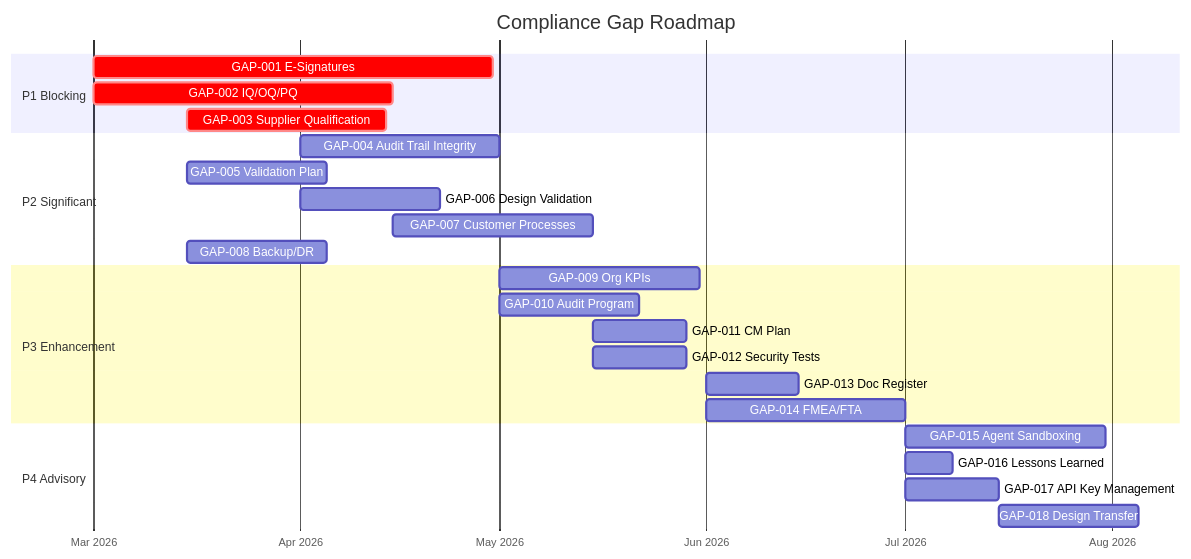
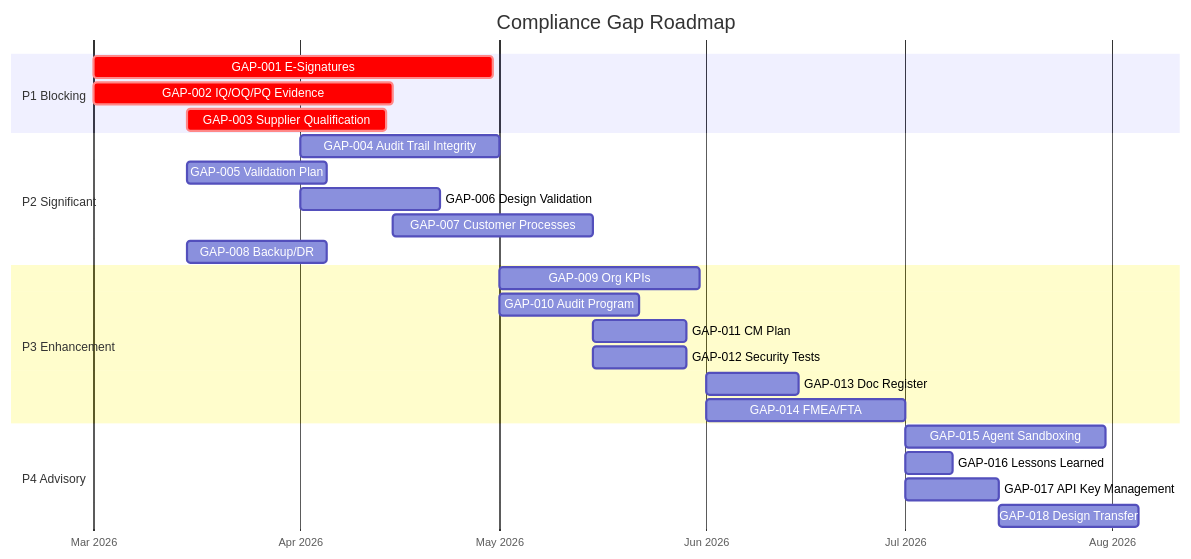
Before and after one commit to Agile-V/agile_v_skills: the diagram in docs/compliance/07_GAP_ROADMAP.md, drawn with Mermaid. The commit also changed other lines of this file and 54 other files, not shown here.

````diff
--- a/docs/compliance/07_GAP_ROADMAP.md
+++ b/docs/compliance/07_GAP_ROADMAP.md
@@ -178,28 +199,28 @@
 ```mermaid
 gantt
     title Compliance Gap Roadmap
     dateFormat YYYY-MM-DD
     axisFormat %b %Y
     section P1 Blocking
         GAP-001 E-Signatures           :crit, g1, 2026-03-01, 60d
-        GAP-002 IQ/OQ/PQ               :crit, g2, 2026-03-01, 45d
+        GAP-002 IQ/OQ/PQ Evidence     :crit, g2, 2026-03-01, 45d
         GAP-003 Supplier Qualification  :crit, g3, 2026-03-15, 30d
     section P2 Significant
         GAP-004 Audit Trail Integrity   :g4, 2026-04-01, 30d
         GAP-005 Validation Plan         :g5, 2026-03-15, 21d
         GAP-006 Design Validation       :g6, 2026-04-01, 21d
         GAP-007 Customer Processes      :g7, 2026-04-15, 30d
         GAP-008 Backup/DR              :g8, 2026-03-15, 21d
     section P3 Enhancement
         GAP-009 Org KPIs               :g9, 2026-05-01, 30d
         GAP-010 Audit Program          :g10, 2026-05-01, 21d
         GAP-011 CM Plan                :g11, 2026-05-15, 14d
         GAP-012 Security Tests         :g12, 2026-05-15, 14d
         GAP-013 Doc Register           :g13, 2026-06-01, 14d
         GAP-014 FMEA/FTA              :g14, 2026-06-01, 30d
     section P4 Advisory
         GAP-015 Agent Sandboxing       :g15, 2026-07-01, 30d
         GAP-016 Lessons Learned        :g16, 2026-07-01, 7d
         GAP-017 API Key Management     :g17, 2026-07-01, 14d
         GAP-018 Design Transfer        :g18, 2026-07-15, 21d
 ```
````
